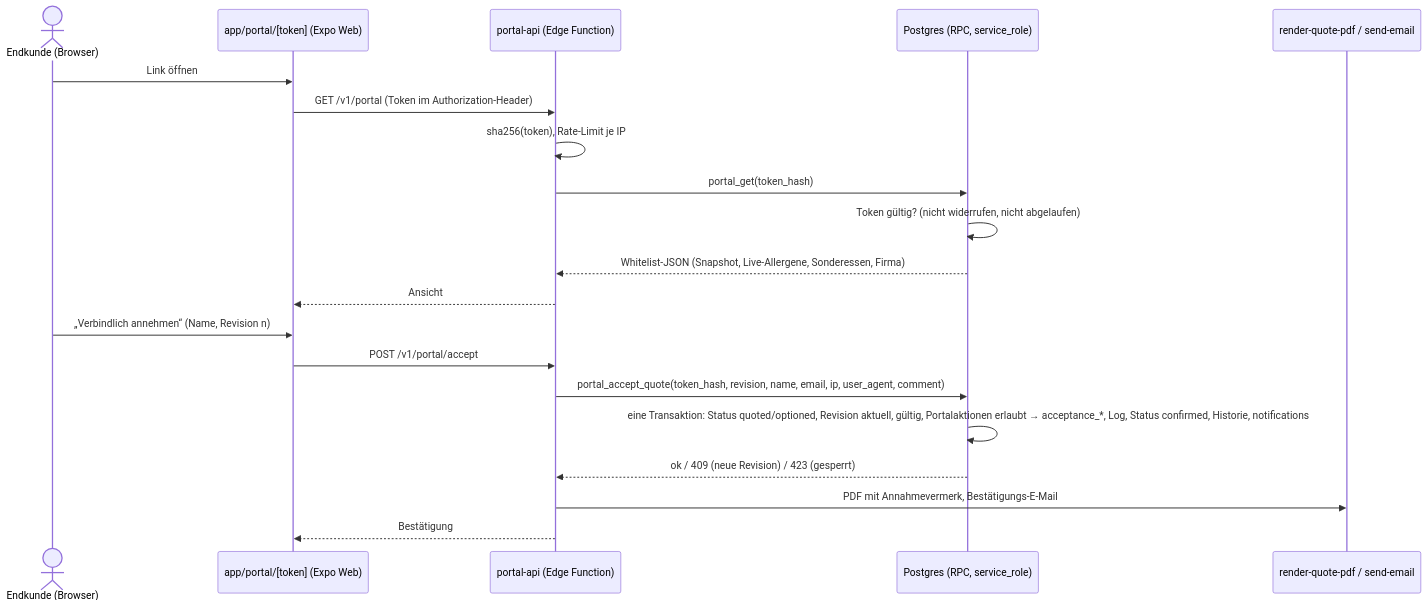
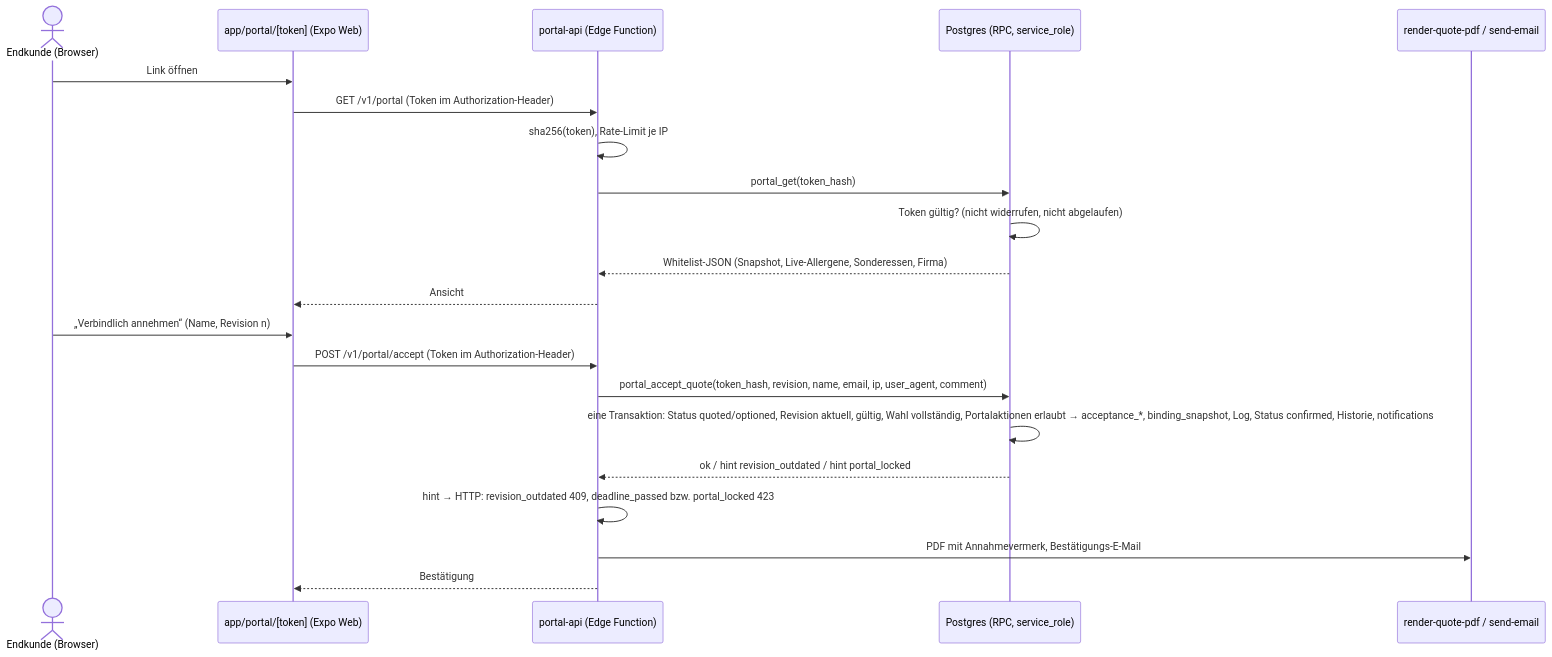
The third of 3 diagrams in docs/03-datenmodell.md (Maddin1337/catering-app), drawn with Mermaid before and after one commit. The commit also changed other lines of this file and 5 other files, not shown here.

````diff
--- a/docs/03-datenmodell.md
+++ b/docs/03-datenmodell.md
@@ -1132,22 +1245,23 @@
 ```mermaid
 sequenceDiagram
     actor K as Endkunde (Browser)
     participant W as app/portal/[token] (Expo Web)
     participant P as portal-api (Edge Function)
     participant DB as Postgres (RPC, service_role)
     participant F as render-quote-pdf / send-email
     K->>W: Link öffnen
     W->>P: GET /v1/portal (Token im Authorization-Header)
     P->>P: sha256(token), Rate-Limit je IP
     P->>DB: portal_get(token_hash)
     DB->>DB: Token gültig? (nicht widerrufen, nicht abgelaufen)
     DB-->>P: Whitelist-JSON (Snapshot, Live-Allergene, Sonderessen, Firma)
     P-->>W: Ansicht
     K->>W: „Verbindlich annehmen“ (Name, Revision n)
-    W->>P: POST /v1/portal/accept
+    W->>P: POST /v1/portal/accept (Token im Authorization-Header)
     P->>DB: portal_accept_quote(token_hash, revision, name, email, ip, user_agent, comment)
-    DB->>DB: eine Transaktion: Status quoted/optioned, Revision aktuell, gültig, Portalaktionen erlaubt → acceptance_*, Log, Status confirmed, Historie, notifications
-    DB-->>P: ok / 409 (neue Revision) / 423 (gesperrt)
+    DB->>DB: eine Transaktion: Status quoted/optioned, Revision aktuell, gültig, Wahl vollständig, Portalaktionen erlaubt → acceptance_*, binding_snapshot, Log, Status confirmed, Historie, notifications
+    DB-->>P: ok / hint revision_outdated / hint portal_locked
+    P->>P: hint → HTTP: revision_outdated 409, deadline_passed bzw. portal_locked 423
     P->>F: PDF mit Annahmevermerk, Bestätigungs-E-Mail
     P-->>W: Bestätigung
 ```
````
